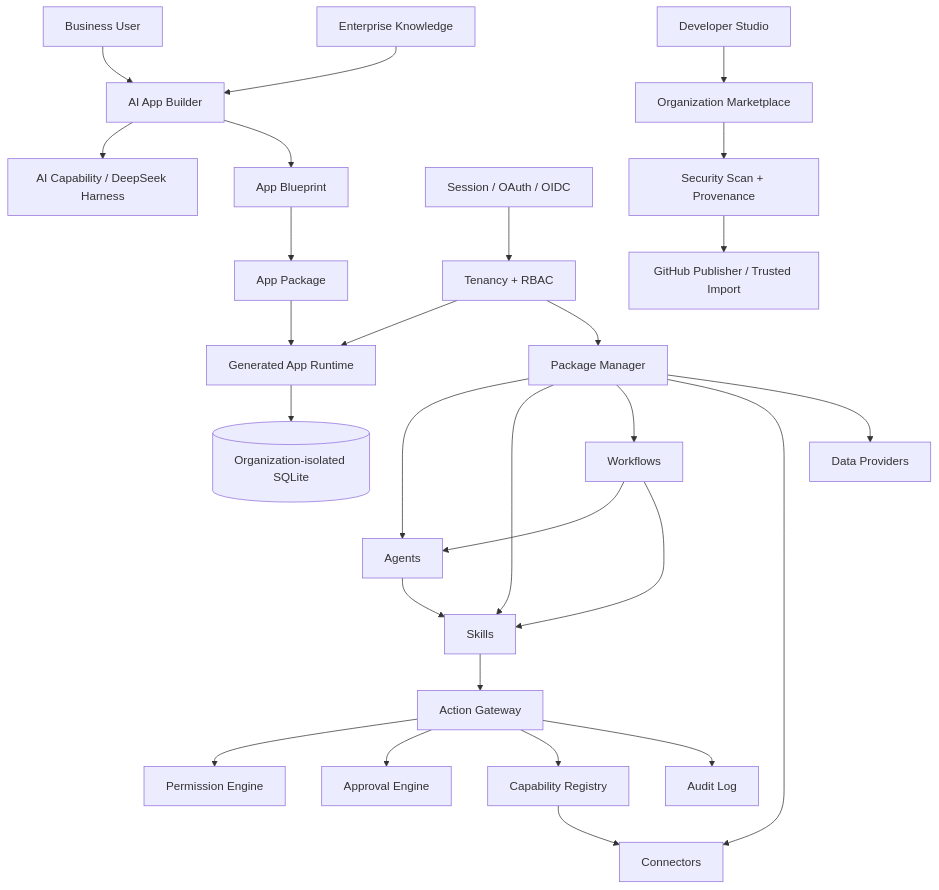
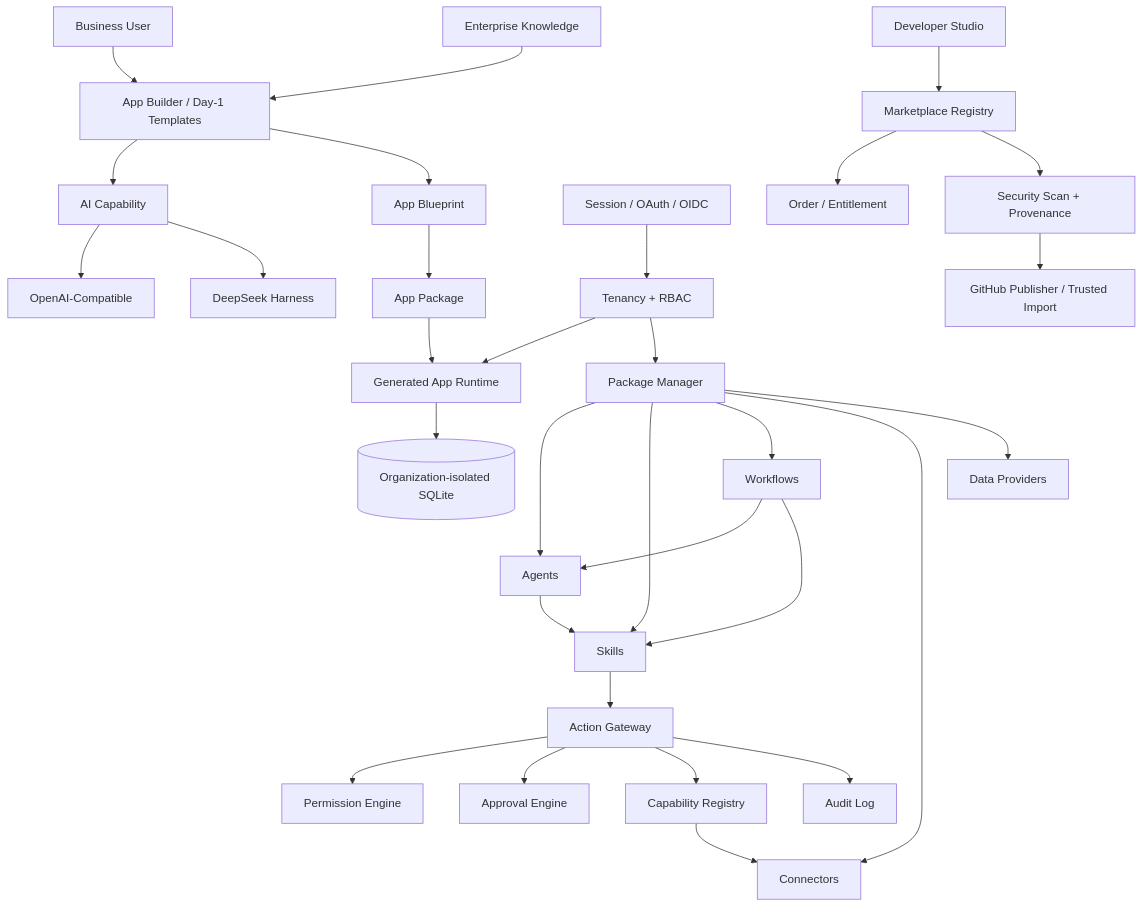
The diagram in README.md (Buer5460/open-enterprise-ai-platform), drawn with Mermaid before and after one commit. The commit also changed other lines of this file, not shown here.

Commit message:
docs: align README with 1.1 day-one platform

````diff
--- a/README.md
+++ b/README.md
@@ -116,34 +215,37 @@
 ```mermaid
 flowchart TD
-    U[Business User] --> B[AI App Builder]
+    U[Business User] --> B[App Builder / Day-1 Templates]
     KB[Enterprise Knowledge] --> B
-    B --> AI[AI Capability / DeepSeek Harness]
+    B --> AI[AI Capability]
+    AI --> OAI[OpenAI-Compatible]
+    AI --> DSH[DeepSeek Harness]
     B --> BP[App Blueprint]
     BP --> AP[App Package]
     AP --> DR[Generated App Runtime]
     DR --> DB[(Organization-isolated SQLite)]
 
     PM[Package Manager] --> A[Agents]
     PM --> S[Skills]
     PM --> W[Workflows]
     PM --> C[Connectors]
     PM --> DP[Data Providers]
 
     A --> S
     S --> G[Action Gateway]
     W --> A
     W --> S
     G --> PE[Permission Engine]
     G --> AE[Approval Engine]
     G --> CR[Capability Registry]
     CR --> C
     G --> AL[Audit Log]
 
     ID[Session / OAuth / OIDC] --> RBAC[Tenancy + RBAC]
     RBAC --> DR
     RBAC --> PM
 
-    DS[Developer Studio] --> M[Organization Marketplace]
+    DS[Developer Studio] --> M[Marketplace Registry]
+    M --> ENT[Order / Entitlement]
     M --> PROV[Security Scan + Provenance]
     PROV --> GH[GitHub Publisher / Trusted Import]
 ```
````
